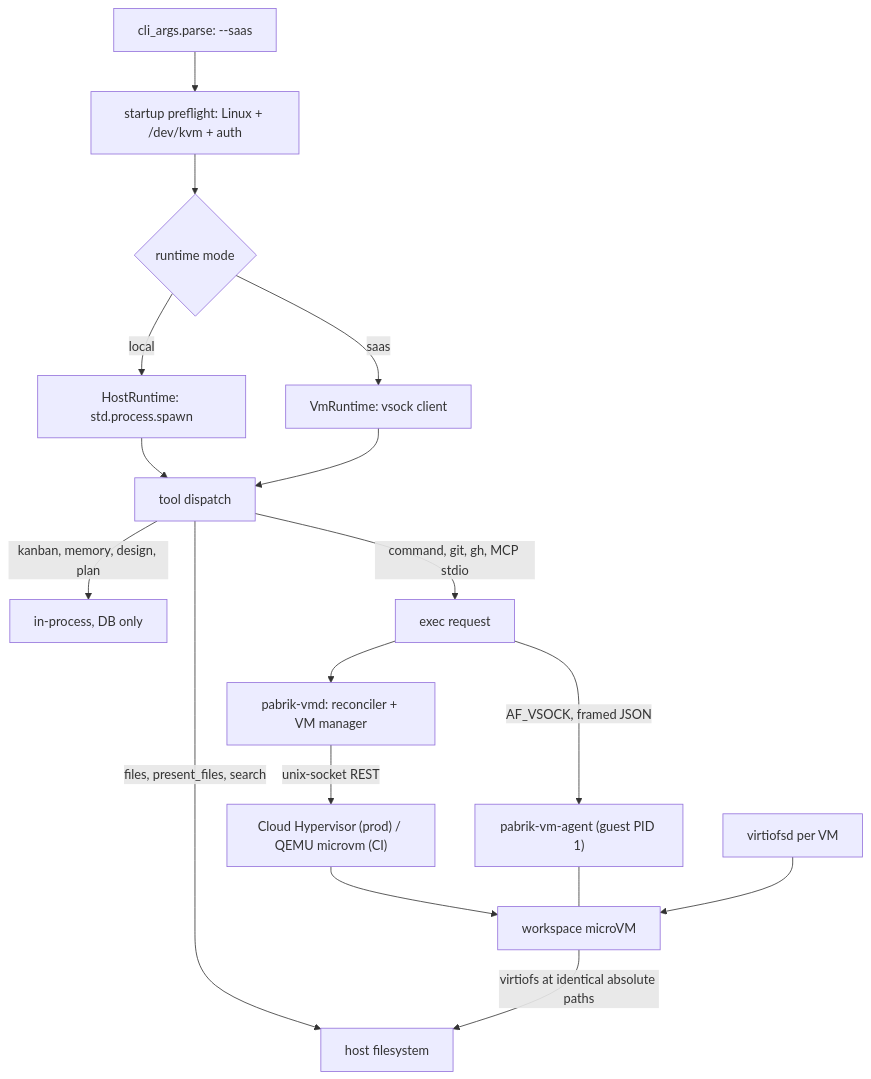
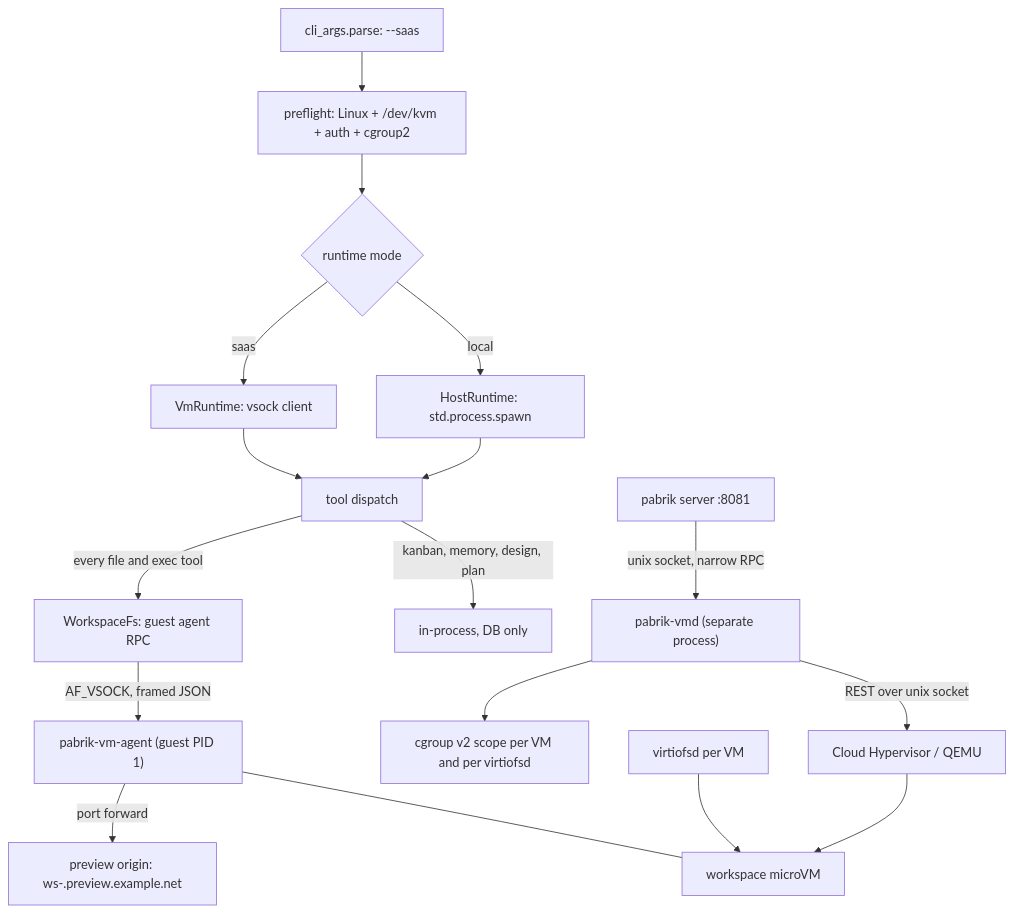
Before and after one commit to ginwa123/pabrik: the diagram in docs/plans/2026-10-17-workspace-is-a-microvm.md, drawn with Mermaid. The commit also changed other lines of this file, not shown here.

First line of the commit message:
docs(plans): rev 2 — threat model, no host access to tenant trees, preview origin split

````diff
--- a/docs/plans/2026-10-17-workspace-is-a-microvm.md
+++ b/docs/plans/2026-10-17-workspace-is-a-microvm.md
@@ -229,19 +280,19 @@
 ```mermaid
 flowchart TB
-  ARGS["cli_args.parse: --saas"] --> BOOT["startup preflight: Linux + /dev/kvm + auth"]
+  ARGS["cli_args.parse: --saas"] --> BOOT["preflight: Linux + /dev/kvm + auth + cgroup2"]
   BOOT --> MODE{"runtime mode"}
   MODE -->|"local"| HOSTRT["HostRuntime: std.process.spawn"]
   MODE -->|"saas"| VMRT["VmRuntime: vsock client"]
   HOSTRT --> DISPATCH["tool dispatch"]
   VMRT --> DISPATCH
   DISPATCH -->|"kanban, memory, design, plan"| INPROC["in-process, DB only"]
-  DISPATCH -->|"files, present_files, search"| HOSTFS["host filesystem"]
-  DISPATCH -->|"command, git, gh, MCP stdio"| EXEC["exec request"]
-  EXEC --> MGR["pabrik-vmd: reconciler + VM manager"]
-  MGR -->|"unix-socket REST"| VMM["Cloud Hypervisor (prod) / QEMU microvm (CI)"]
+  DISPATCH -->|"every file and exec tool"| WSFS["WorkspaceFs: guest agent RPC"]
+  WSFS -->|"AF_VSOCK, framed JSON"| AGENT["pabrik-vm-agent (guest PID 1)"]
+  SRV["pabrik server :8081"] -->|"unix socket, narrow RPC"| VMD["pabrik-vmd (separate process)"]
+  VMD -->|"REST over unix socket"| VMM["Cloud Hypervisor / QEMU"]
   VMM --> VM["workspace microVM"]
-  EXEC -->|"AF_VSOCK, framed JSON"| AGENT["pabrik-vm-agent (guest PID 1)"]
   AGENT --- VM
   VMDS["virtiofsd per VM"] --> VM
-  VM -->|"virtiofs at identical absolute paths"| HOSTFS
+  VMD --> CGRP["cgroup v2 scope per VM and per virtiofsd"]
+  AGENT -->|"port forward"| PREVIEW["preview origin: ws-<id>.preview.example.net"]
 ```
````
